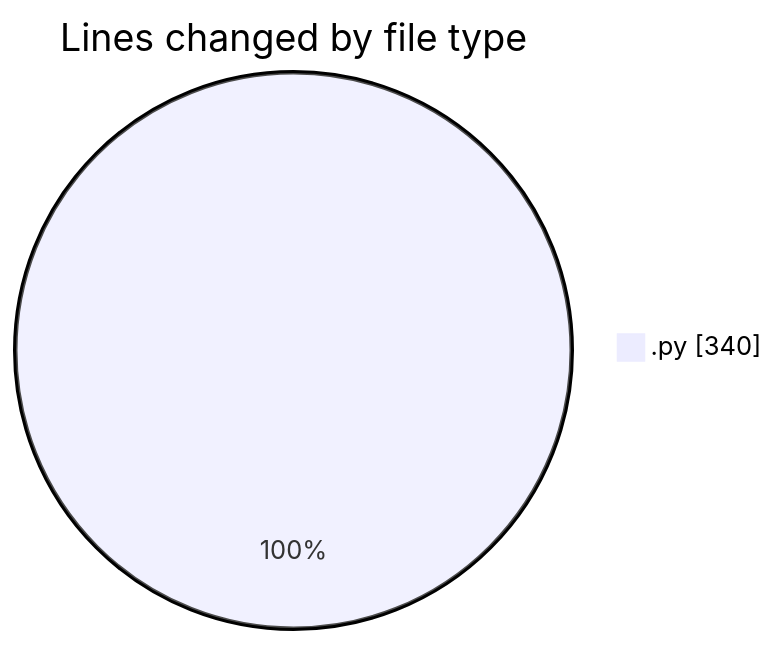
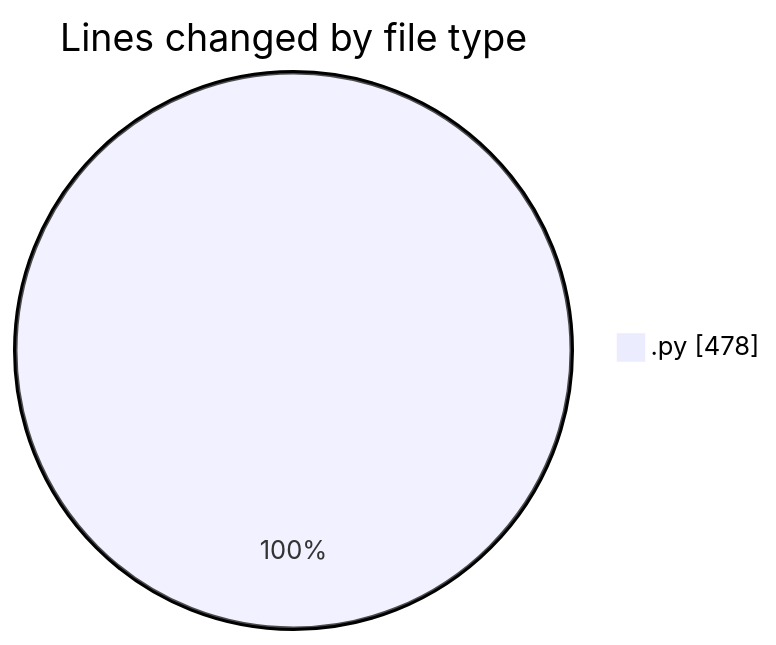
Before and after one commit to julien-gomy/code-tracking: the first of 2 diagrams in 2025-10-22/eventscop-api-guide__workspace_/README.md, drawn with Mermaid. The commit also changed other lines of this file and 1 other file, not shown here.

````diff
--- a/2025-10-22/eventscop-api-guide__workspace_/README.md
+++ b/2025-10-22/eventscop-api-guide__workspace_/README.md
@@ -25,5 +29,5 @@
 ```mermaid
 pie showData
 title Lines changed by file type
-".py" : 340
+".py" : 478
 ```
````
